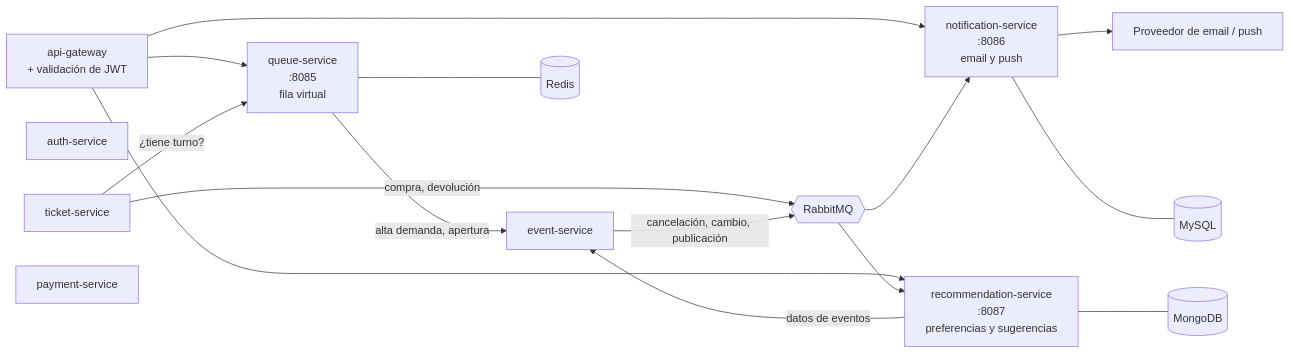
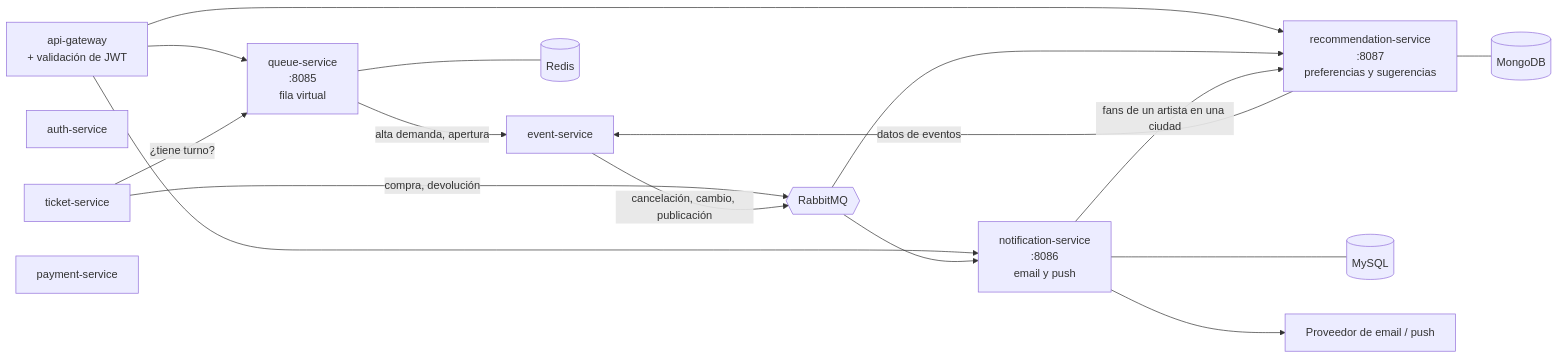
The second of 2 diagrams in docs/architecture/modules.md (joaquinblock/TicketYa), drawn with Mermaid before and after one commit. The commit also changed 2 other files, not shown here.

Commit message:
docs: describe favorite artist notices across services

````diff
--- a/docs/architecture/modules.md
+++ b/docs/architecture/modules.md
@@ -69,31 +69,32 @@
 ```mermaid
 flowchart LR
     gateway["api-gateway<br/>+ validación de JWT"]
     auth["auth-service"]
     event["event-service"]
     ticket["ticket-service"]
     payment["payment-service"]
     queue["queue-service<br/>:8085<br/>fila virtual"]
     notification["notification-service<br/>:8086<br/>email y push"]
     recommendation["recommendation-service<br/>:8087<br/>preferencias y sugerencias"]
     rabbit{{"RabbitMQ"}}
     redis[("Redis")]
     mongo[("MongoDB")]
     notifdb[("MySQL")]
     email["Proveedor de email / push"]
 
     gateway --> queue
     gateway --> notification
     gateway --> recommendation
     ticket -->|"¿tiene turno?"| queue
     queue -->|"alta demanda, apertura"| event
     ticket -->|"compra, devolución"| rabbit
     event -->|"cancelación, cambio, publicación"| rabbit
     rabbit --> notification
     rabbit --> recommendation
     notification --> email
     recommendation -->|"datos de eventos"| event
+    notification -->|"fans de un artista en una ciudad"| recommendation
     queue --- redis
     recommendation --- mongo
     notification --- notifdb
 ```
````
